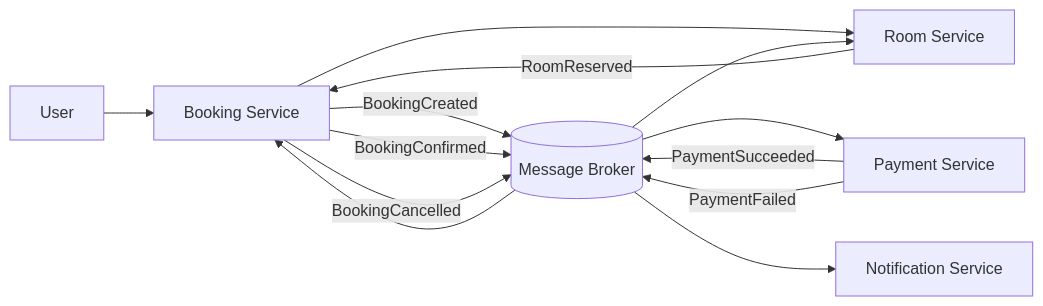
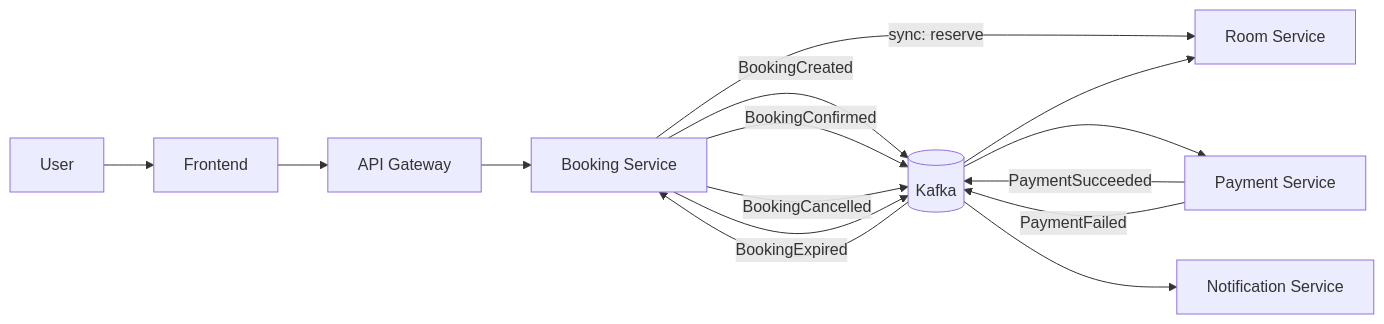
One commit to bangit14/WebBanHang-Project changed the first of 6 diagrams in analysis-and-design-ddd.md. Above: the diagram before and after it, drawn with Mermaid. The commit also changed other lines of this file, not shown here.

````diff
--- a/analysis-and-design-ddd.md
+++ b/analysis-and-design-ddd.md
@@ -38,20 +45,22 @@
 ```mermaid
 flowchart LR
-    U[User] --> B[Booking Service]
-    B --> R[Room Service]
-    R -->|RoomReserved| B
+    U[User] --> FE[Frontend]
+    FE --> GW[API Gateway]
+    GW --> B[Booking Service]
+    B -- "sync: reserve" --> R[Room Service]
 
-    B -->|BookingCreated| MQ[(Message Broker)]
+    B -- "BookingCreated" --> MQ[(Kafka)]
     MQ --> P[Payment Service]
 
-    P -->|PaymentSucceeded| MQ
-    P -->|PaymentFailed| MQ
+    P -- "PaymentSucceeded" --> MQ
+    P -- "PaymentFailed" --> MQ
 
     MQ --> B
 
-    B -->|BookingConfirmed| MQ
-    B -->|BookingCancelled| MQ
+    B -- "BookingConfirmed" --> MQ
+    B -- "BookingCancelled" --> MQ
+    B -- "BookingExpired" --> MQ
 
-    MQ --> R[Room Service]
+    MQ --> R
     MQ --> N[Notification Service]
 ```
````
